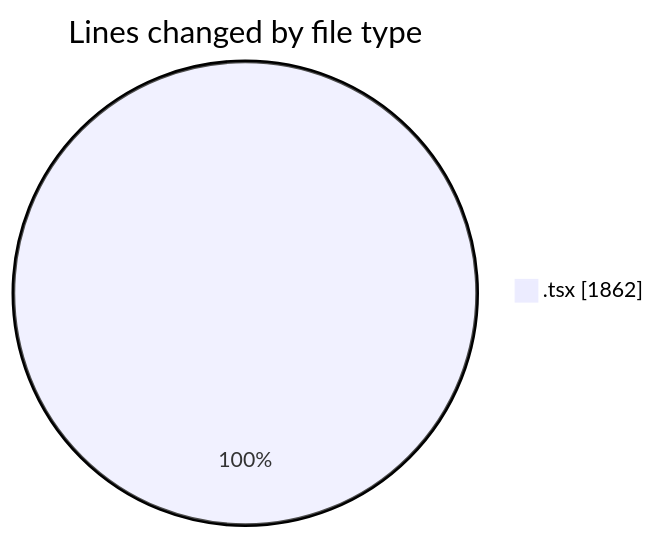
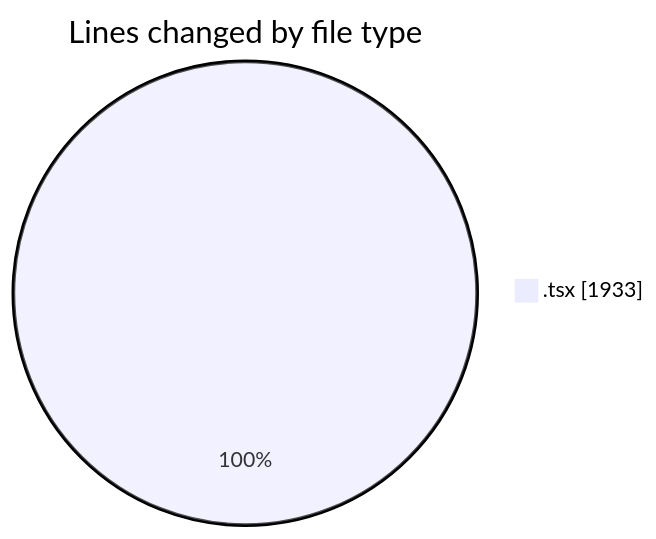
One commit to nxtqubesakshisongat/code-tracking changed the first of 2 diagrams in 2026-06-10/nxtqube_webapp/README.md. Above: the diagram before and after it, drawn with Mermaid. The commit also changed other lines of this file and 1 other file, not shown here.

````diff
--- a/2026-06-10/nxtqube_webapp/README.md
+++ b/2026-06-10/nxtqube_webapp/README.md
@@ -21,5 +21,5 @@
 ```mermaid
 pie showData
 title Lines changed by file type
-".tsx" : 1862
+".tsx" : 1933
 ```
````
